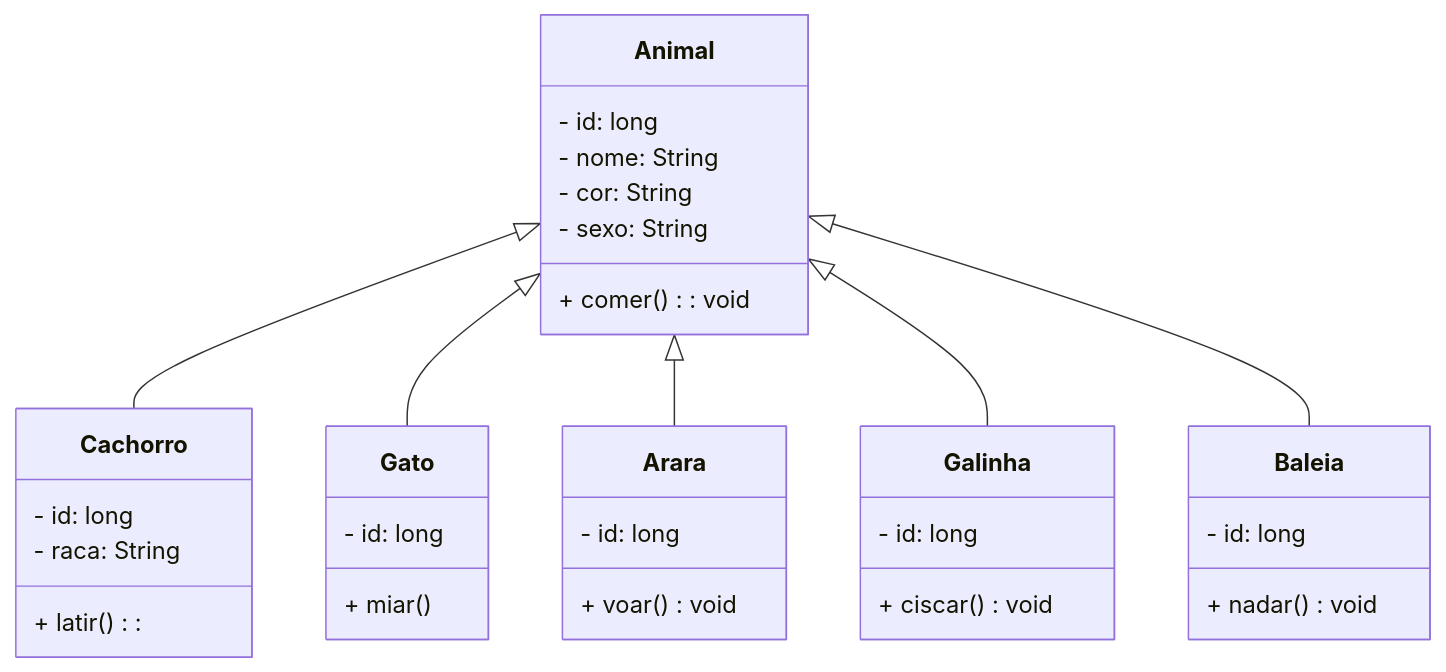
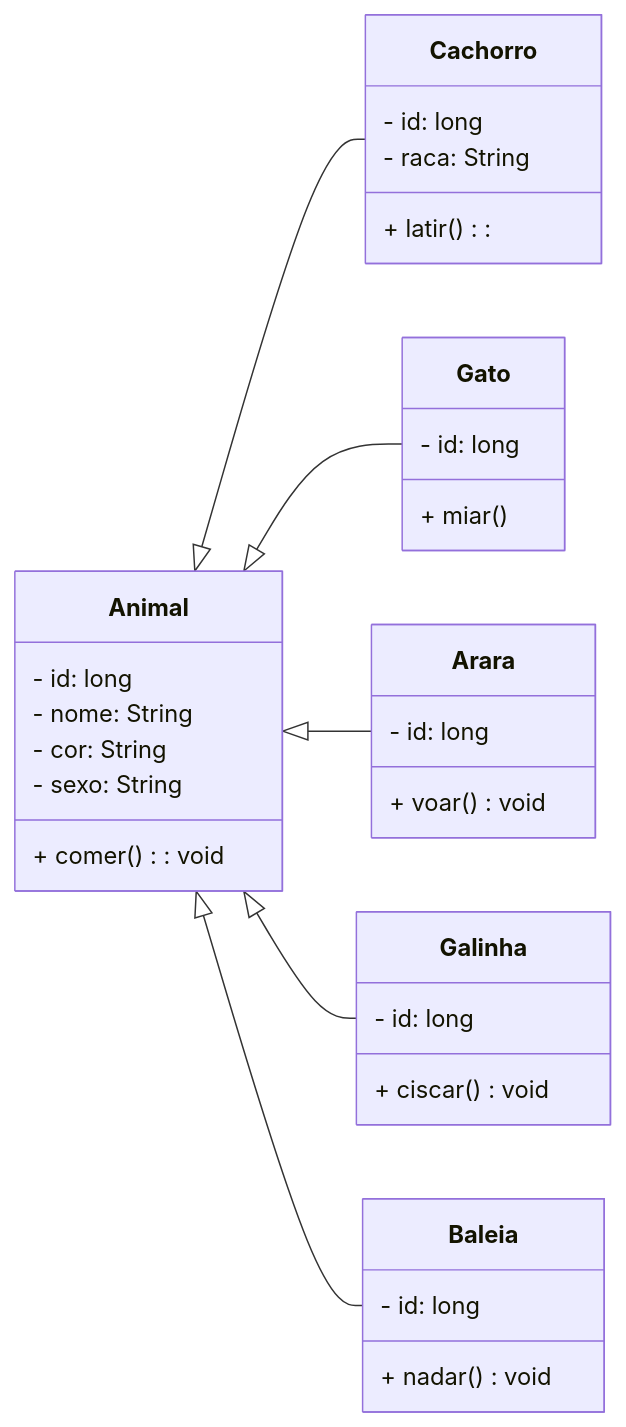
The fourth of 4 diagrams in aulas/2026-10-14/readme.md (lucasgch/POO), drawn with Mermaid before and after one commit. The commit also changed other lines of this file, not shown here.

````diff
--- a/aulas/2026-10-14/readme.md
+++ b/aulas/2026-10-14/readme.md
@@ -139,39 +197,39 @@
 ```mermaid
     classDiagram
-        directionLR
+        direction LR
         class Animal {
             - id: long
             - nome: String
             - cor: String
             - sexo: String
             + comer(): void
         }
         
         class Cachorro {
             - id: long
             - raca: String
             + latir():
         }
         class Gato {
             - id: long
             + miar()
         }
         class Arara {
             - id: long
             + voar() void
         }
         class Galinha {
             - id: long
             + ciscar() void
         }
         class Baleia {
             - id: long
             + nadar() void
         }
         
         Animal <|-- Cachorro
         Animal <|-- Gato
         Animal <|-- Arara
         Animal <|-- Galinha
         Animal <|-- Baleia
 ```
````
